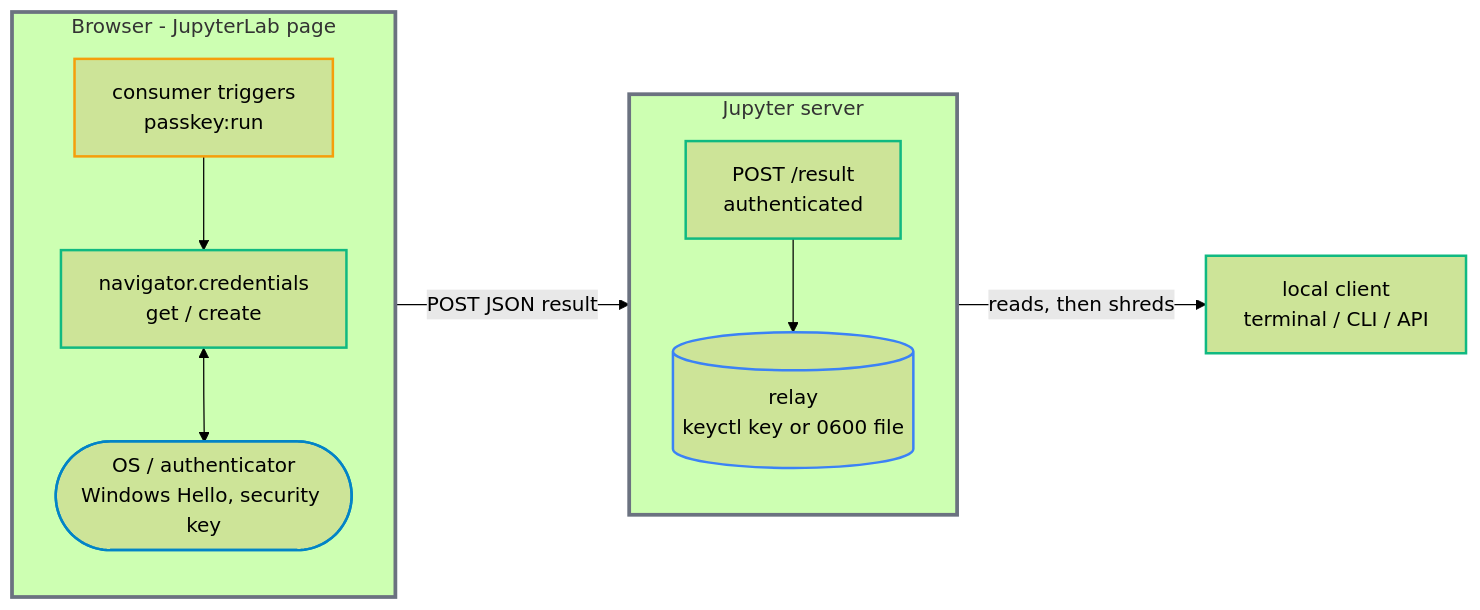
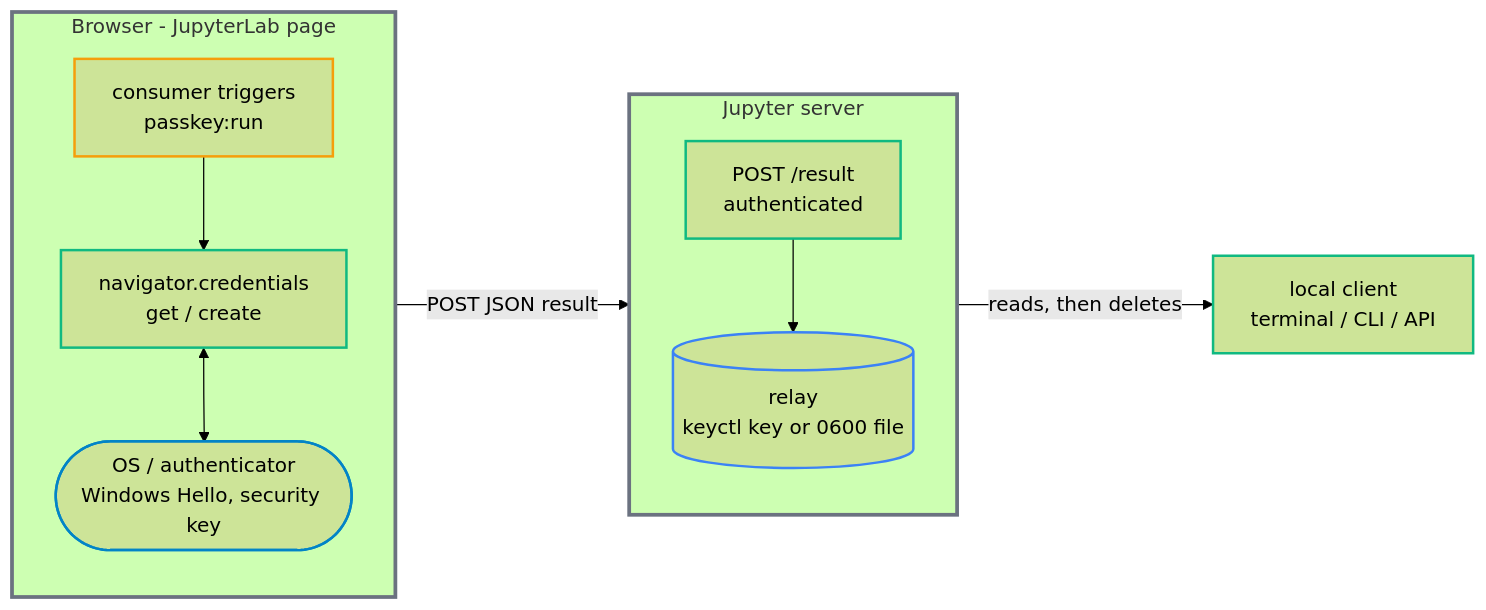
One commit to stellarshenson/jupyterlab_passkey_extension changed the first of 2 diagrams in README.md. Above: the diagram before and after it, drawn with Mermaid (forest theme). The commit also changed other lines of this file and 15 other files, not shown here.

````diff
--- a/README.md
+++ b/README.md
@@ -58,29 +62,29 @@
 ```mermaid
 flowchart LR
     subgraph BROWSER["Browser - JupyterLab page"]
         direction TB
         TRIG["consumer triggers<br/>passkey:run"]
         CER["navigator.credentials<br/>get / create"]
         OS(["OS / authenticator<br/>Windows Hello, security key"])
         TRIG --> CER
         CER <--> OS
     end
     subgraph SERVER["Jupyter server"]
         direction TB
         EP["POST /result<br/>authenticated"]
         RELAY[("relay<br/>keyctl key or 0600 file")]
         EP --> RELAY
     end
     LOCAL["local client<br/>terminal / CLI / API"]
     CER -->|"POST JSON result"| EP
-    RELAY -->|"reads, then shreds"| LOCAL
+    RELAY -->|"reads, then deletes"| LOCAL
 
     style BROWSER stroke:#6b7280,stroke-width:3px
     style SERVER stroke:#6b7280,stroke-width:3px
     style TRIG stroke:#f59e0b,stroke-width:2px
     style CER stroke:#10b981,stroke-width:2px
     style OS stroke:#0284c7,stroke-width:2px
     style EP stroke:#10b981,stroke-width:2px
     style RELAY stroke:#3b82f6,stroke-width:2px
     style LOCAL stroke:#10b981,stroke-width:2px
 ```
````
